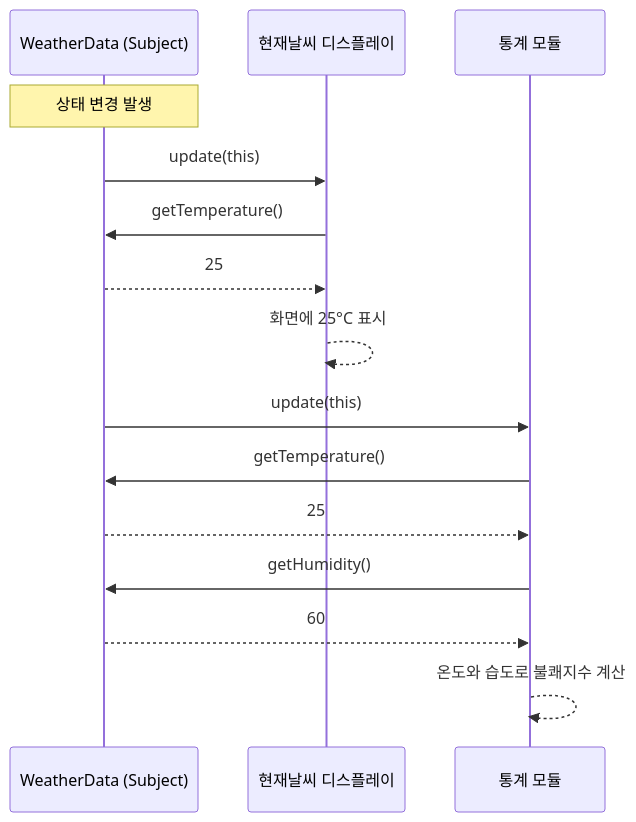
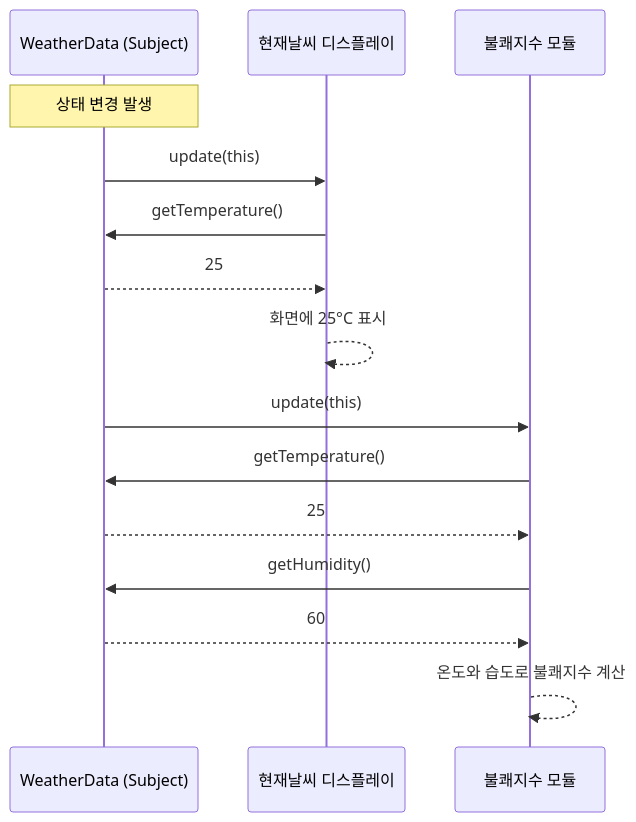
Before and after one commit to wisehero/Head-First-DesignPattern: the eighth of 10 diagrams in src/Chapter_02/Observer.md, drawn with Mermaid. The commit also changed other lines of this file and 4 other files, not shown here.

````diff
--- a/src/Chapter_02/Observer.md
+++ b/src/Chapter_02/Observer.md
@@ -295,17 +295,17 @@
 ```mermaid
 sequenceDiagram
     participant Subject as WeatherData (Subject)
     participant ObsA as 현재날씨 디스플레이
-    participant ObsB as 통계 모듈
+    participant ObsB as 불쾌지수 모듈
     Note over Subject: 상태 변경 발생
     Subject ->> ObsA: update(this)
     ObsA ->> Subject: getTemperature()
     Subject -->> ObsA: 25
     ObsA -->> ObsA: 화면에 25°C 표시
     Subject ->> ObsB: update(this)
     ObsB ->> Subject: getTemperature()
     Subject -->> ObsB: 25
     ObsB ->> Subject: getHumidity()
     Subject -->> ObsB: 60
     ObsB -->> ObsB: 온도와 습도로 불쾌지수 계산
 ```
````
